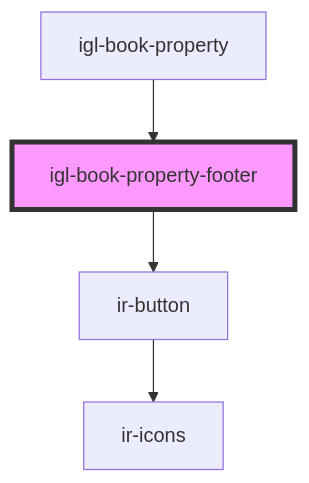
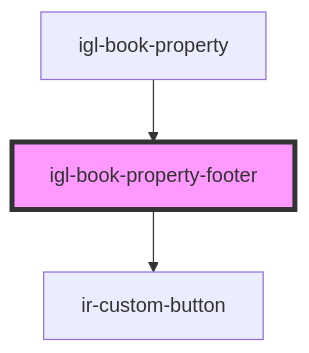
Before and after one commit to RonyRizk/ir-webcmp: the diagram in src/components/igloo-calendar/igl-book-property/igl-book-property-footer/readme.md, drawn with Mermaid. The commit also changed other lines of this file and 433 other files, not shown here.

````diff
--- a/src/components/igloo-calendar/igl-book-property/igl-book-property-footer/readme.md
+++ b/src/components/igloo-calendar/igl-book-property/igl-book-property-footer/readme.md
@@ -38,7 +37,6 @@
 ```mermaid
 graph TD;
-  igl-book-property-footer --> ir-button
-  ir-button --> ir-icons
+  igl-book-property-footer --> ir-custom-button
   igl-book-property --> igl-book-property-footer
   style igl-book-property-footer fill:#f9f,stroke:#333,stroke-width:4px
 ```
````
